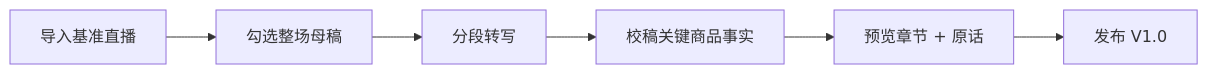
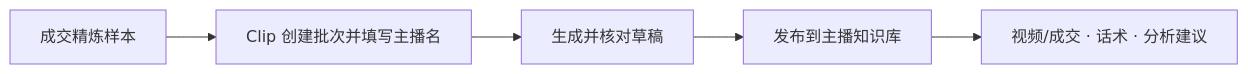
The fifth of 5 diagrams in docs/master-script-operator-guide.md (25-svg/diandian), drawn with Mermaid before and after one commit. The commit also changed other lines of this file and 69 other files, not shown here.

````diff
--- a/docs/master-script-operator-guide.md
+++ b/docs/master-script-operator-guide.md
@@ -267,8 +267,7 @@
 ```mermaid
 flowchart LR
-  V1[导入基准直播] --> V2[勾选整场母稿]
-  V2 --> V3[分段转写]
-  V3 --> V4[校稿关键商品事实]
-  V4 --> V5[预览章节 + 原话]
-  V5 --> V6[发布 V1.0]
+  V1[成交精炼样本] --> V2[Clip 创建批次并填写主播名]
+  V2 --> V3[生成并核对草稿]
+  V3 --> V4[发布到主播知识库]
+  V4 --> V5[视频/成交 · 话术 · 分析建议]
 ```
````
